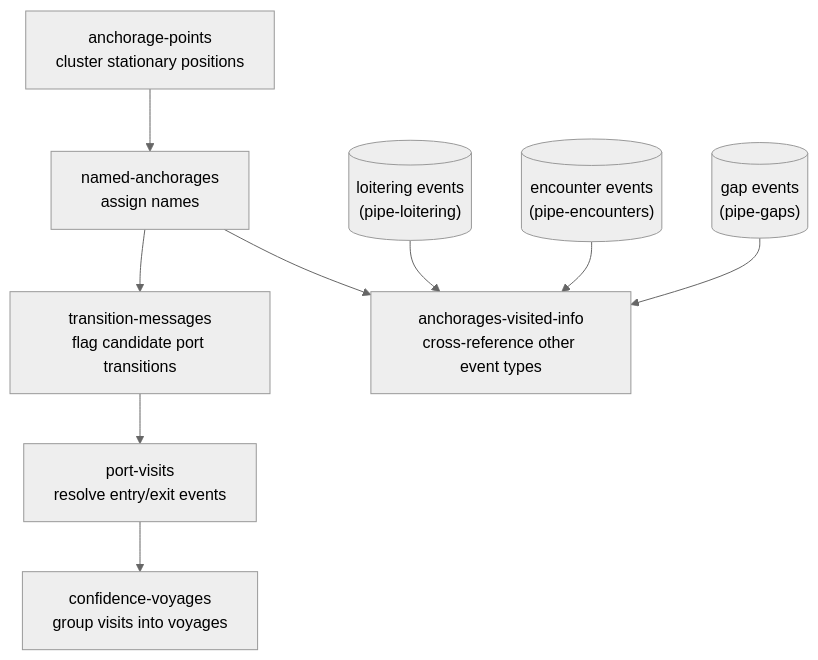
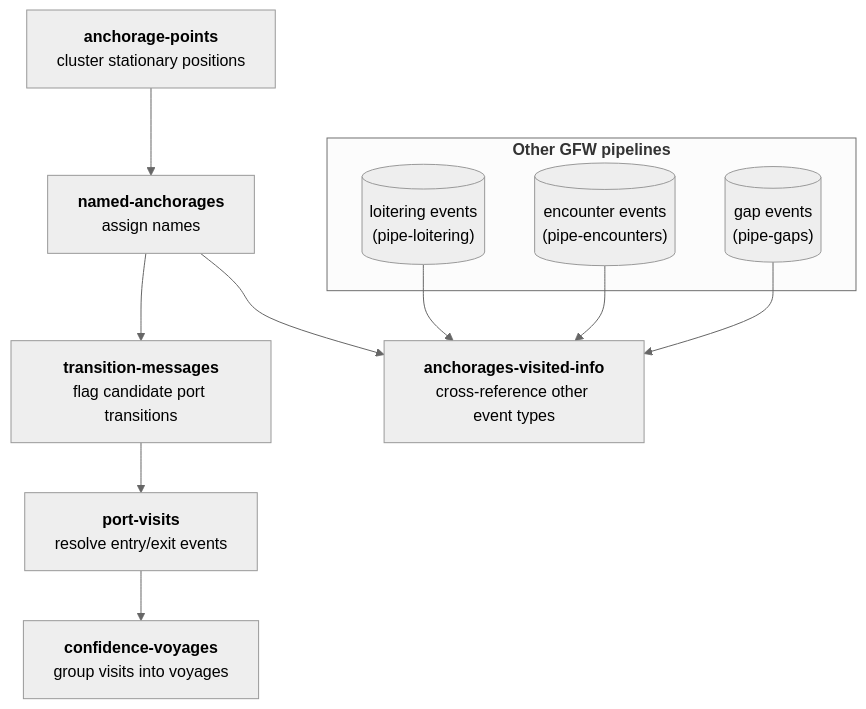
Before and after one commit to GlobalFishingWatch/pipe-anchorages: the diagram in README.md, drawn with Mermaid (neutral theme).

Commit message:
Match pipe-gaps/pipe-regions diagram conventions: bold command names, grouped subgraph
Bolded each command's name in its node label using mermaid's backtick
markdown-string syntax, matching how both repos bold subgraph/node
titles (subgraph eez["`**eez**`"] in pipe-regions). Grouped the 3
external event-source nodes into their own titled subgraph, matching
the "subgraph tables/inputs/outputs" grouping pattern in pipe-gaps'
own diagram. Shapes (rectangle for stages, cylinder for BigQuery/
external data) already matched pipe-gaps' convention.

````diff
--- a/README.md
+++ b/README.md
@@ -71,18 +71,21 @@
 ```mermaid
 flowchart TD
-    AP["anchorage-points<br/>cluster stationary positions"]
-    NA["named-anchorages<br/>assign names"]
-    TM["transition-messages<br/>flag candidate port transitions"]
-    PV["port-visits<br/>resolve entry/exit events"]
-    CV["confidence-voyages<br/>group visits into voyages"]
-    AVI["anchorages-visited-info<br/>cross-reference other event types"]
-    LOI[("loitering events<br/>(pipe-loitering)")]
-    ENC[("encounter events<br/>(pipe-encounters)")]
-    GAP[("gap events<br/>(pipe-gaps)")]
+    AP["`**anchorage-points**<br/>cluster stationary positions`"]
+    NA["`**named-anchorages**<br/>assign names`"]
+    TM["`**transition-messages**<br/>flag candidate port transitions`"]
+    PV["`**port-visits**<br/>resolve entry/exit events`"]
+    CV["`**confidence-voyages**<br/>group visits into voyages`"]
+    AVI["`**anchorages-visited-info**<br/>cross-reference other event types`"]
+
+    subgraph OTHER["`**Other GFW pipelines**`"]
+        LOI[("loitering events<br/>(pipe-loitering)")]
+        ENC[("encounter events<br/>(pipe-encounters)")]
+        GAP[("gap events<br/>(pipe-gaps)")]
+    end
 
     AP --> NA --> TM --> PV --> CV
     NA --> AVI
     LOI --> AVI
     ENC --> AVI
     GAP --> AVI
 ```
````
